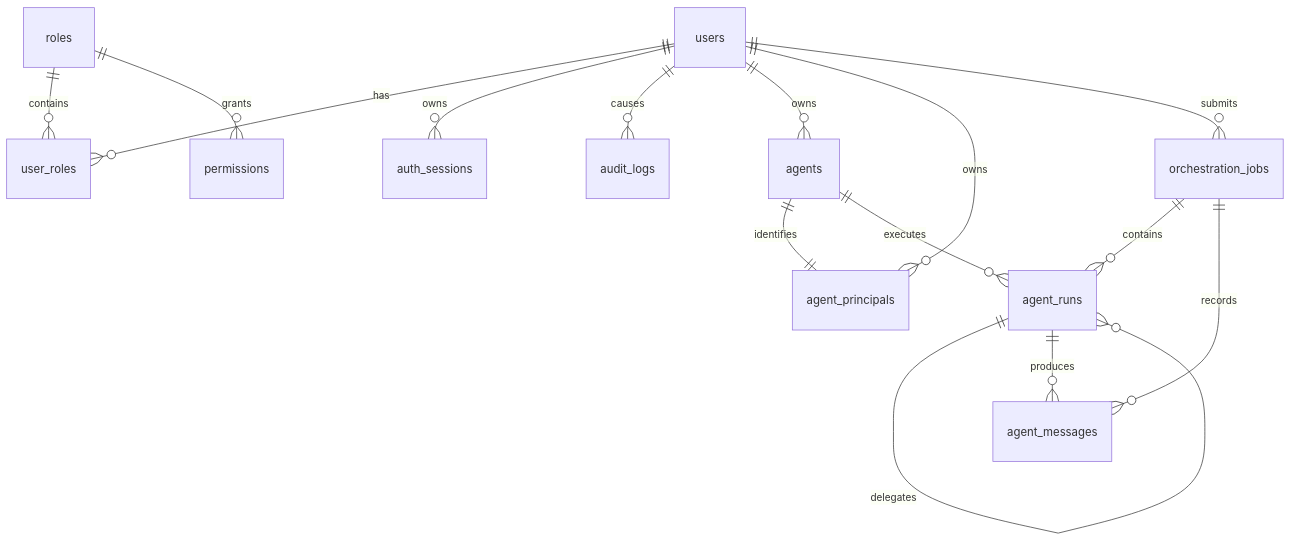
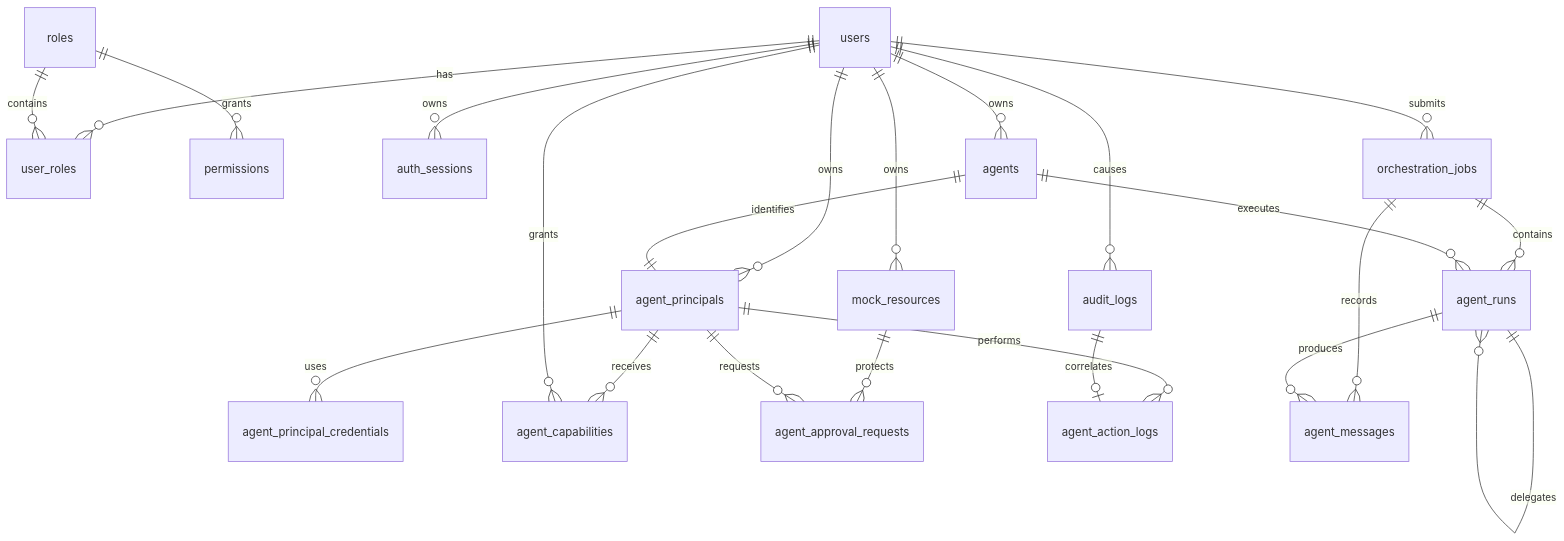
One commit to Zerius7733/tictac-techjam changed the diagram in MIDDLEWARE_DATABASE_SCHEMA.md. Above: the diagram before and after it, drawn with Mermaid. The commit also changed other lines of this file and 26 other files, not shown here.

First line of the commit message:
Add Agent policy gateway, credentials & UI

````diff
--- a/MIDDLEWARE_DATABASE_SCHEMA.md
+++ b/MIDDLEWARE_DATABASE_SCHEMA.md
@@ -82,17 +87,25 @@
 ```mermaid
 erDiagram
     users ||--o{ user_roles : has
     roles ||--o{ user_roles : contains
     roles ||--o{ permissions : grants
     users ||--o{ auth_sessions : owns
     users ||--o{ audit_logs : causes
     users ||--o{ agents : owns
     users ||--o{ agent_principals : owns
     agents ||--|| agent_principals : identifies
+    agent_principals ||--o{ agent_principal_credentials : uses
+    agent_principals ||--o{ agent_capabilities : receives
+    users ||--o{ agent_capabilities : grants
+    users ||--o{ mock_resources : owns
+    mock_resources ||--o{ agent_approval_requests : protects
+    agent_principals ||--o{ agent_approval_requests : requests
+    agent_principals ||--o{ agent_action_logs : performs
+    audit_logs ||--o| agent_action_logs : correlates
     users ||--o{ orchestration_jobs : submits
     orchestration_jobs ||--o{ agent_runs : contains
     agents ||--o{ agent_runs : executes
     agent_runs ||--o{ agent_runs : delegates
     orchestration_jobs ||--o{ agent_messages : records
     agent_runs ||--o{ agent_messages : produces
 ```
````
